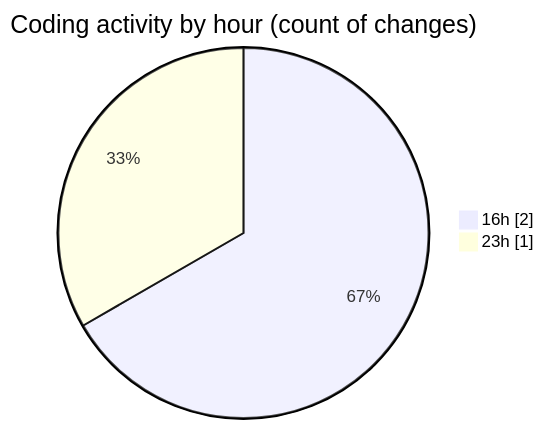
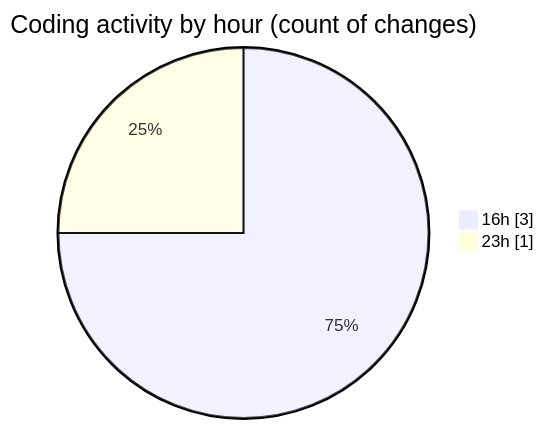
The second of 2 diagrams in 2025-02-09/react_ecom/README.md (Elitesun/code-tracking), drawn with Mermaid before and after one commit. The commit also changed other lines of this file and 1 other file, not shown here.

````diff
--- a/2025-02-09/react_ecom/README.md
+++ b/2025-02-09/react_ecom/README.md
@@ -30,6 +31,6 @@
 ```mermaid
 pie showData
 title Coding activity by hour (count of changes)
-"16h" : 2
+"16h" : 3
 "23h" : 1
 ```
````
